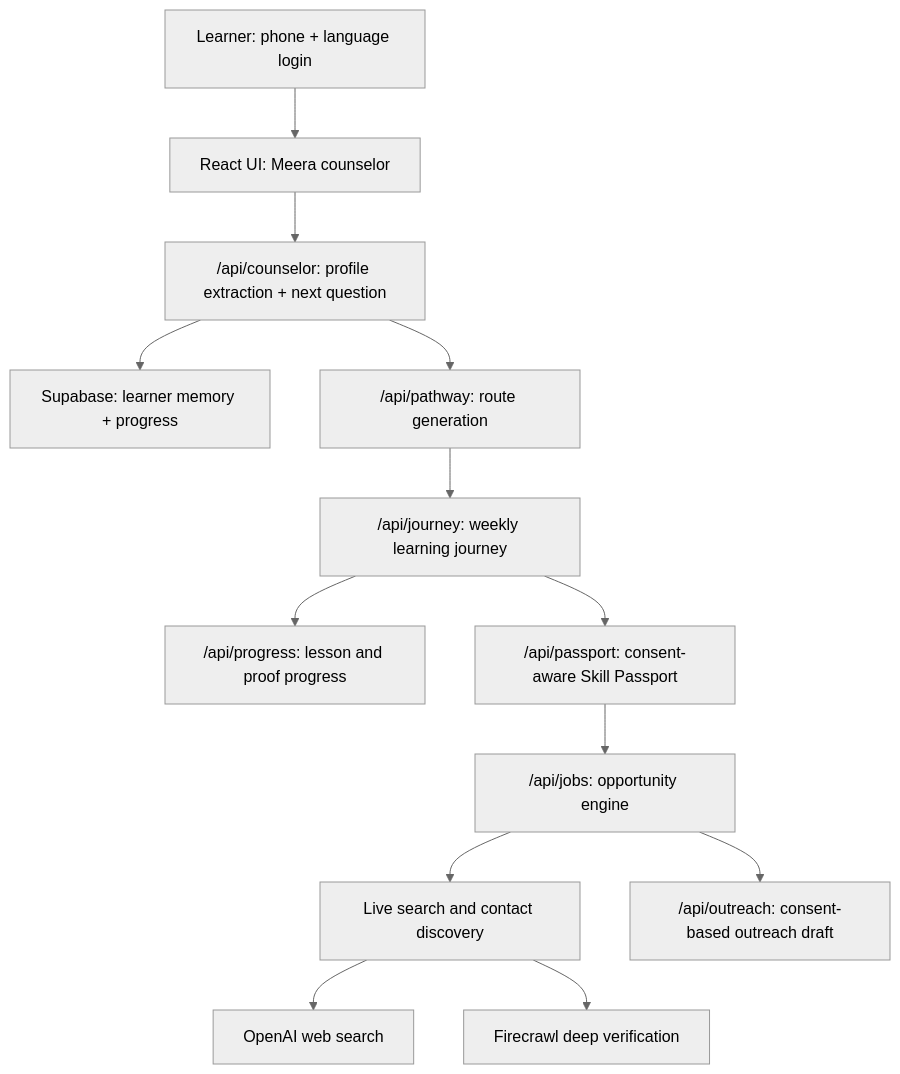
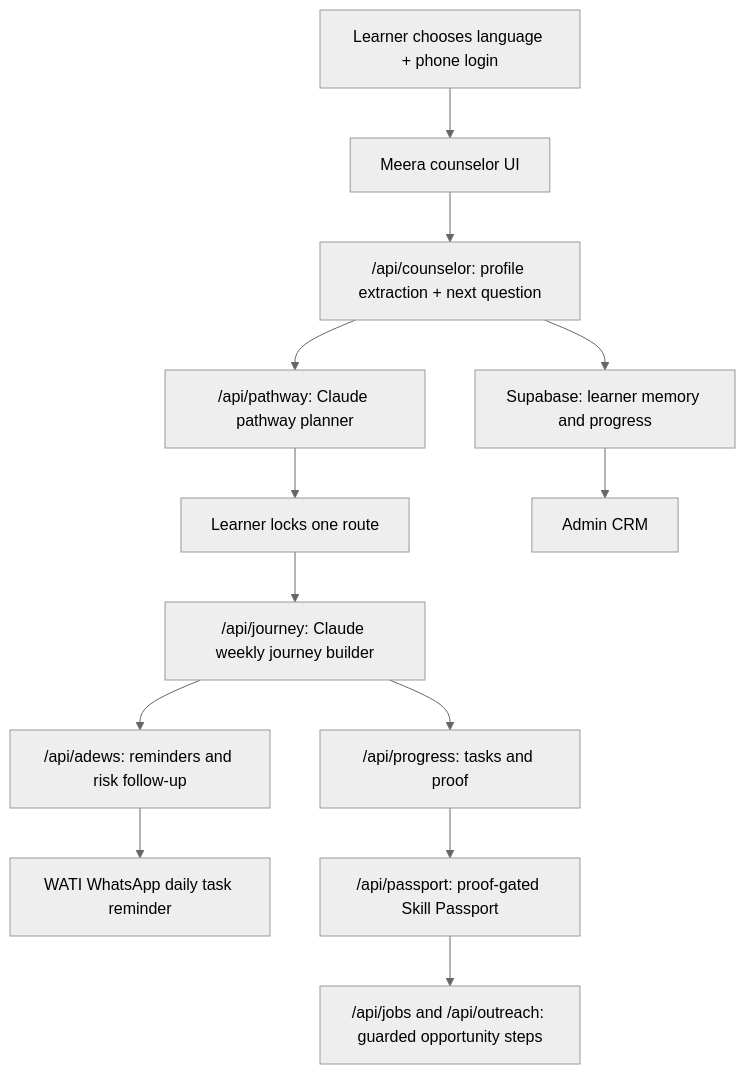
Before and after one commit to divyaman-pal/Assignment: the diagram in VidyaSetu-MVP/README.md, drawn with Mermaid (neutral theme). The commit also changed other lines of this file and 4 other files, not shown here.

Commit message:
Update VidyaSetu repo description and user flow

````diff
--- a/VidyaSetu-MVP/README.md
+++ b/VidyaSetu-MVP/README.md
@@ -120,15 +41,15 @@
 ```mermaid
 flowchart TD
-  A["Learner: phone + language login"] --> B["React UI: Meera counselor"]
+  A["Learner chooses language + phone login"] --> B["Meera counselor UI"]
   B --> C["/api/counselor: profile extraction + next question"]
-  C --> D["Supabase: learner memory + progress"]
-  C --> E["/api/pathway: route generation"]
-  E --> F["/api/journey: weekly learning journey"]
-  F --> G["/api/progress: lesson and proof progress"]
-  F --> H["/api/passport: consent-aware Skill Passport"]
-  H --> I["/api/jobs: opportunity engine"]
-  I --> J["Live search and contact discovery"]
-  J --> K["OpenAI web search"]
-  J --> L["Firecrawl deep verification"]
-  I --> M["/api/outreach: consent-based outreach draft"]
+  C --> D["Supabase: learner memory and progress"]
+  C --> E["/api/pathway: Claude pathway planner"]
+  E --> F["Learner locks one route"]
+  F --> G["/api/journey: Claude weekly journey builder"]
+  G --> H["/api/progress: tasks and proof"]
+  G --> I["/api/adews: reminders and risk follow-up"]
+  I --> J["WATI WhatsApp daily task reminder"]
+  H --> K["/api/passport: proof-gated Skill Passport"]
+  K --> L["/api/jobs and /api/outreach: guarded opportunity steps"]
+  D --> M["Admin CRM"]
 ```
````
